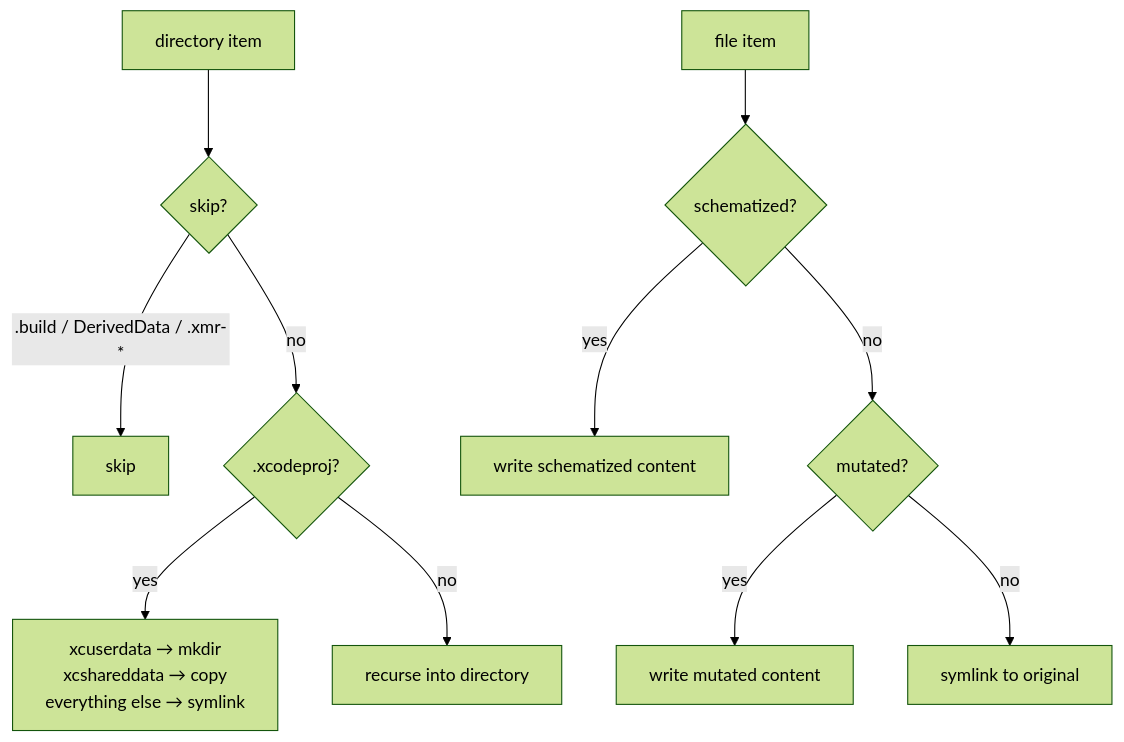
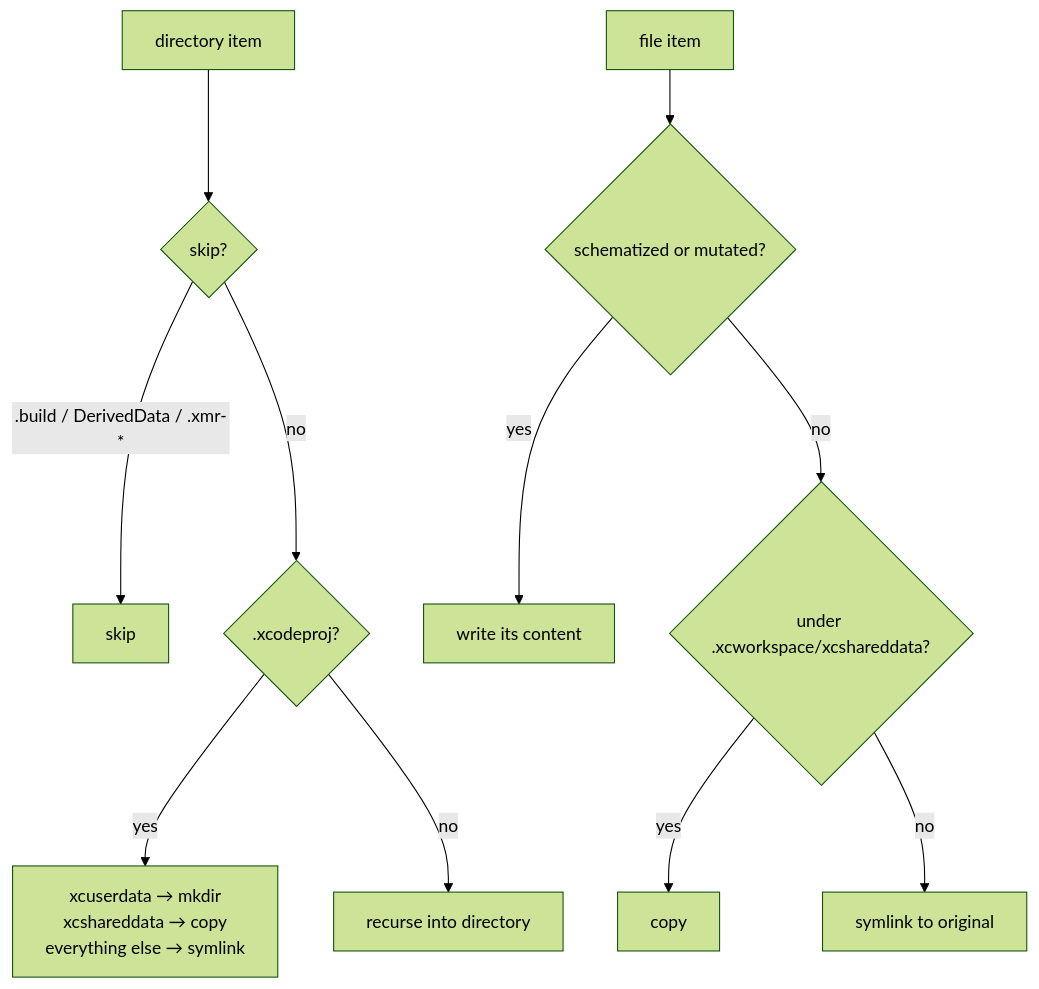
One commit to ericodx/swift-mutation-testing changed the first of 2 diagrams in Docs/CodeBase/06-sandbox-build.md. Above: the diagram before and after it, drawn with Mermaid (forest theme). The commit also changed other lines of this file, not shown here.

Commit message:
docs: describe how sandboxes match replaced files and why they are built off the cooperative pool

````diff
--- a/Docs/CodeBase/06-sandbox-build.md
+++ b/Docs/CodeBase/06-sandbox-build.md
@@ -40,13 +42,13 @@
 ```mermaid
 flowchart TD
     DIR[directory item] --> SKIP{skip?}
     SKIP -- .build / DerivedData / .xmr-* --> DROP[skip]
     SKIP -- no --> XCODEPROJ{.xcodeproj?}
     XCODEPROJ -- yes --> PROJ[xcuserdata → mkdir\nxcshareddata → copy\neverything else → symlink]
     XCODEPROJ -- no --> RECURSE[recurse into directory]
-    FILE[file item] --> SCHEMATIZED{schematized?}
-    SCHEMATIZED -- yes --> WRITE[write schematized content]
-    SCHEMATIZED -- no --> MUTATED{mutated?}
-    MUTATED -- yes --> WRITEM[write mutated content]
-    MUTATED -- no --> SYMLINK[symlink to original]
+    FILE[file item] --> REPLACED{schematized or mutated?}
+    REPLACED -- yes --> WRITE[write its content]
+    REPLACED -- no --> SHARED{under .xcworkspace/xcshareddata?}
+    SHARED -- yes --> COPY[copy]
+    SHARED -- no --> SYMLINK[symlink to original]
 ```
````
